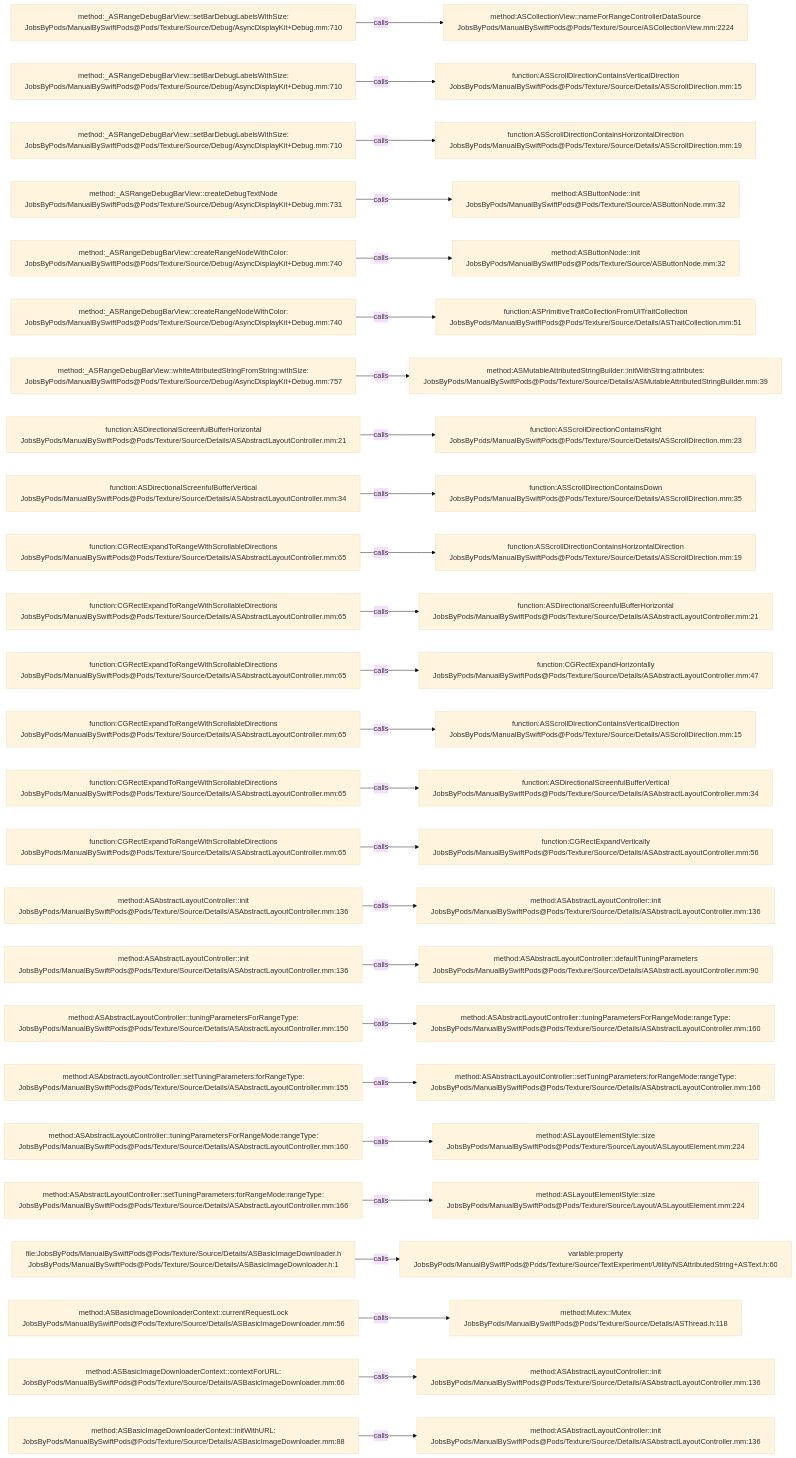
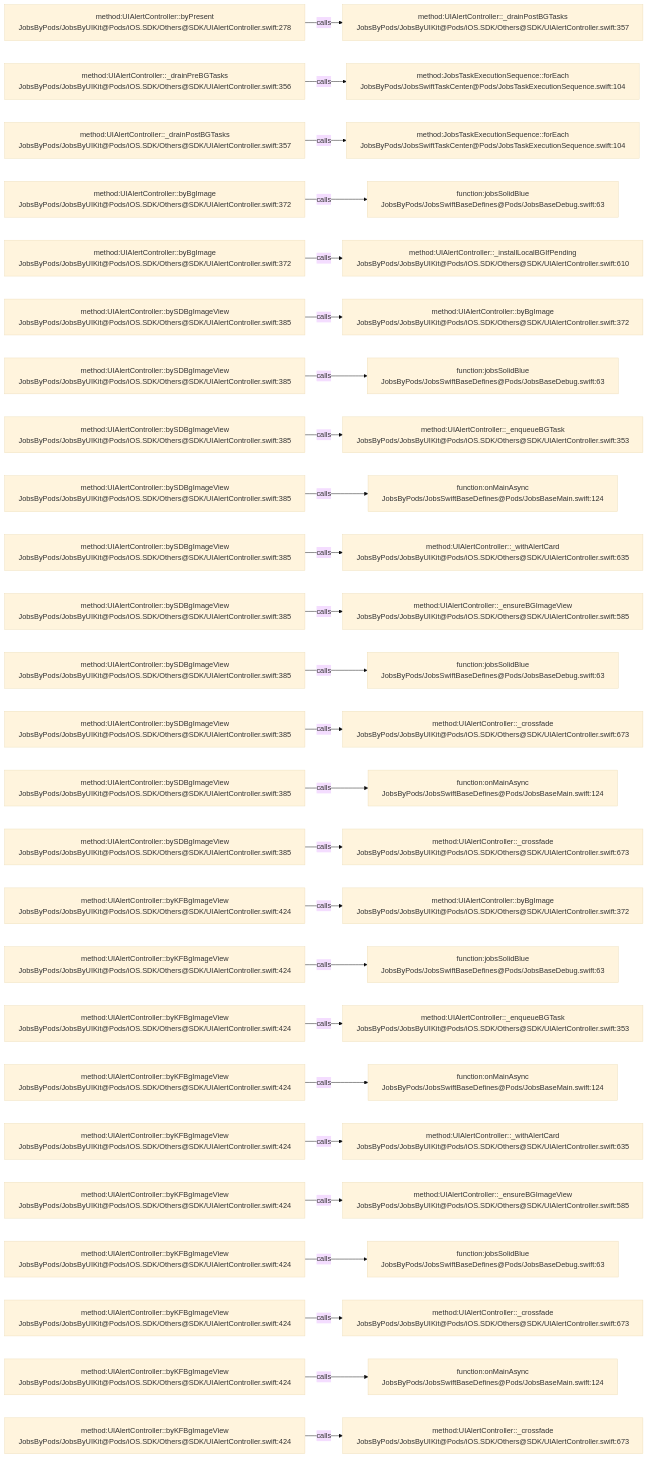
Before and after one commit to JobsKits/JobsSwiftBaseConfigDemo: the diagram in .codegraph/codegraph.md/graphs/calls-081.md, drawn with Mermaid (base theme). The commit also changed 224 other files, not shown here.

````diff
--- a/.codegraph/codegraph.md/graphs/calls-081.md
+++ b/.codegraph/codegraph.md/graphs/calls-081.md
@@ -13,78 +13,78 @@
 ```mermaid
 flowchart LR
-  S1["method:_ASRangeDebugBarView::setBarDebugLabelsWithSize:<br/>JobsByPods/ManualBySwiftPods@Pods/Texture/Source/Debug/AsyncDisplayKit+Debug.mm:710"]
-  T1["method:ASCollectionView::nameForRangeControllerDataSource<br/>JobsByPods/ManualBySwiftPods@Pods/Texture/Source/ASCollectionView.mm:2224"]
+  S1["method:UIAlertController::byPresent<br/>JobsByPods/JobsByUIKit@Pods/iOS.SDK/Others@SDK/UIAlertController.swift:278"]
+  T1["method:UIAlertController::_drainPostBGTasks<br/>JobsByPods/JobsByUIKit@Pods/iOS.SDK/Others@SDK/UIAlertController.swift:357"]
   S1 -->|calls| T1
-  S2["method:_ASRangeDebugBarView::setBarDebugLabelsWithSize:<br/>JobsByPods/ManualBySwiftPods@Pods/Texture/Source/Debug/AsyncDisplayKit+Debug.mm:710"]
-  T2["function:ASScrollDirectionContainsVerticalDirection<br/>JobsByPods/ManualBySwiftPods@Pods/Texture/Source/Details/ASScrollDirection.mm:15"]
+  S2["method:UIAlertController::_drainPreBGTasks<br/>JobsByPods/JobsByUIKit@Pods/iOS.SDK/Others@SDK/UIAlertController.swift:356"]
+  T2["method:JobsTaskExecutionSequence::forEach<br/>JobsByPods/JobsSwiftTaskCenter@Pods/JobsTaskExecutionSequence.swift:104"]
   S2 -->|calls| T2
-  S3["method:_ASRangeDebugBarView::setBarDebugLabelsWithSize:<br/>JobsByPods/ManualBySwiftPods@Pods/Texture/Source/Debug/AsyncDisplayKit+Debug.mm:710"]
-  T3["function:ASScrollDirectionContainsHorizontalDirection<br/>JobsByPods/ManualBySwiftPods@Pods/Texture/Source/Details/ASScrollDirection.mm:19"]
+  S3["method:UIAlertController::_drainPostBGTasks<br/>JobsByPods/JobsByUIKit@Pods/iOS.SDK/Others@SDK/UIAlertController.swift:357"]
+  T3["method:JobsTaskExecutionSequence::forEach<br/>JobsByPods/JobsSwiftTaskCenter@Pods/JobsTaskExecutionSequence.swift:104"]
   S3 -->|calls| T3
-  S4["method:_ASRangeDebugBarView::createDebugTextNode<br/>JobsByPods/ManualBySwiftPods@Pods/Texture/Source/Debug/AsyncDisplayKit+Debug.mm:731"]
-  T4["method:ASButtonNode::init<br/>JobsByPods/ManualBySwiftPods@Pods/Texture/Source/ASButtonNode.mm:32"]
+  S4["method:UIAlertController::byBgImage<br/>JobsByPods/JobsByUIKit@Pods/iOS.SDK/Others@SDK/UIAlertController.swift:372"]
+  T4["function:jobsSolidBlue<br/>JobsByPods/JobsSwiftBaseDefines@Pods/JobsBaseDebug.swift:63"]
   S4 -->|calls| T4
-  S5["method:_ASRangeDebugBarView::createRangeNodeWithColor:<br/>JobsByPods/ManualBySwiftPods@Pods/Texture/Source/Debug/AsyncDisplayKit+Debug.mm:740"]
-  T5["method:ASButtonNode::init<br/>JobsByPods/ManualBySwiftPods@Pods/Texture/Source/ASButtonNode.mm:32"]
+  S5["method:UIAlertController::byBgImage<br/>JobsByPods/JobsByUIKit@Pods/iOS.SDK/Others@SDK/UIAlertController.swift:372"]
+  T5["method:UIAlertController::_installLocalBGIfPending<br/>JobsByPods/JobsByUIKit@Pods/iOS.SDK/Others@SDK/UIAlertController.swift:610"]
   S5 -->|calls| T5
-  S6["method:_ASRangeDebugBarView::createRangeNodeWithColor:<br/>JobsByPods/ManualBySwiftPods@Pods/Texture/Source/Debug/AsyncDisplayKit+Debug.mm:740"]
-  T6["function:ASPrimitiveTraitCollectionFromUITraitCollection<br/>JobsByPods/ManualBySwiftPods@Pods/Texture/Source/Details/ASTraitCollection.mm:51"]
+  S6["method:UIAlertController::bySDBgImageView<br/>JobsByPods/JobsByUIKit@Pods/iOS.SDK/Others@SDK/UIAlertController.swift:385"]
+  T6["method:UIAlertController::byBgImage<br/>JobsByPods/JobsByUIKit@Pods/iOS.SDK/Others@SDK/UIAlertController.swift:372"]
   S6 -->|calls| T6
-  S7["method:_ASRangeDebugBarView::whiteAttributedStringFromString:withSize:<br/>JobsByPods/ManualBySwiftPods@Pods/Texture/Source/Debug/AsyncDisplayKit+Debug.mm:757"]
-  T7["method:ASMutableAttributedStringBuilder::initWithString:attributes:<br/>JobsByPods/ManualBySwiftPods@Pods/Texture/Source/Details/ASMutableAttributedStringBuilder.mm:39"]
+  S7["method:UIAlertController::bySDBgImageView<br/>JobsByPods/JobsByUIKit@Pods/iOS.SDK/Others@SDK/UIAlertController.swift:385"]
+  T7["function:jobsSolidBlue<br/>JobsByPods/JobsSwiftBaseDefines@Pods/JobsBaseDebug.swift:63"]
   S7 -->|calls| T7
-  S8["function:ASDirectionalScreenfulBufferHorizontal<br/>JobsByPods/ManualBySwiftPods@Pods/Texture/Source/Details/ASAbstractLayoutController.mm:21"]
-  T8["function:ASScrollDirectionContainsRight<br/>JobsByPods/ManualBySwiftPods@Pods/Texture/Source/Details/ASScrollDirection.mm:23"]
+  S8["method:UIAlertController::bySDBgImageView<br/>JobsByPods/JobsByUIKit@Pods/iOS.SDK/Others@SDK/UIAlertController.swift:385"]
+  T8["method:UIAlertController::_enqueueBGTask<br/>JobsByPods/JobsByUIKit@Pods/iOS.SDK/Others@SDK/UIAlertController.swift:353"]
   S8 -->|calls| T8
-  S9["function:ASDirectionalScreenfulBufferVertical<br/>JobsByPods/ManualBySwiftPods@Pods/Texture/Source/Details/ASAbstractLayoutController.mm:34"]
-  T9["function:ASScrollDirectionContainsDown<br/>JobsByPods/ManualBySwiftPods@Pods/Texture/Source/Details/ASScrollDirection.mm:35"]
+  S9["method:UIAlertController::bySDBgImageView<br/>JobsByPods/JobsByUIKit@Pods/iOS.SDK/Others@SDK/UIAlertController.swift:385"]
+  T9["function:onMainAsync<br/>JobsByPods/JobsSwiftBaseDefines@Pods/JobsBaseMain.swift:124"]
   S9 -->|calls| T9
-  S10["function:CGRectExpandToRangeWithScrollableDirections<br/>JobsByPods/ManualBySwiftPods@Pods/Texture/Source/Details/ASAbstractLayoutController.mm:65"]
-  T10["function:ASScrollDirectionContainsHorizontalDirection<br/>JobsByPods/ManualBySwiftPods@Pods/Texture/Source/Details/ASScrollDirection.mm:19"]
+  S10["method:UIAlertController::bySDBgImageView<br/>JobsByPods/JobsByUIKit@Pods/iOS.SDK/Others@SDK/UIAlertController.swift:385"]
+  T10["method:UIAlertController::_withAlertCard<br/>JobsByPods/JobsByUIKit@Pods/iOS.SDK/Others@SDK/UIAlertController.swift:635"]
   S10 -->|calls| T10
-  S11["function:CGRectExpandToRangeWithScrollableDirections<br/>JobsByPods/ManualBySwiftPods@Pods/Texture/Source/Details/ASAbstractLayoutController.mm:65"]
-  T11["function:ASDirectionalScreenfulBufferHorizontal<br/>JobsByPods/ManualBySwiftPods@Pods/Texture/Source/Details/ASAbstractLayoutController.mm:21"]
+  S11["method:UIAlertController::bySDBgImageView<br/>JobsByPods/JobsByUIKit@Pods/iOS.SDK/Others@SDK/UIAlertController.swift:385"]
+  T11["method:UIAlertController::_ensureBGImageView<br/>JobsByPods/JobsByUIKit@Pods/iOS.SDK/Others@SDK/UIAlertController.swift:585"]
   S11 -->|calls| T11
-  S12["function:CGRectExpandToRangeWithScrollableDirections<br/>JobsByPods/ManualBySwiftPods@Pods/Texture/Source/Details/ASAbstractLayoutController.mm:65"]
-  T12["function:CGRectExpandHorizontally<br/>JobsByPods/ManualBySwiftPods@Pods/Texture/Source/Details/ASAbstractLayoutController.mm:47"]
+  S12["method:UIAlertController::bySDBgImageView<br/>JobsByPods/JobsByUIKit@Pods/iOS.SDK/Others@SDK/UIAlertController.swift:385"]
+  T12["function:jobsSolidBlue<br/>JobsByPods/JobsSwiftBaseDefines@Pods/JobsBaseDebug.swift:63"]
   S12 -->|calls| T12
-  S13["function:CGRectExpandToRangeWithScrollableDirections<br/>JobsByPods/ManualBySwiftPods@Pods/Texture/Source/Details/ASAbstractLayoutController.mm:65"]
-  T13["function:ASScrollDirectionContainsVerticalDirection<br/>JobsByPods/ManualBySwiftPods@Pods/Texture/Source/Details/ASScrollDirection.mm:15"]
+  S13["method:UIAlertController::bySDBgImageView<br/>JobsByPods/JobsByUIKit@Pods/iOS.SDK/Others@SDK/UIAlertController.swift:385"]
+  T13["method:UIAlertController::_crossfade<br/>JobsByPods/JobsByUIKit@Pods/iOS.SDK/Others@SDK/UIAlertController.swift:673"]
   S13 -->|calls| T13
-  S14["function:CGRectExpandToRangeWithScrollableDirections<br/>JobsByPods/ManualBySwiftPods@Pods/Texture/Source/Details/ASAbstractLayoutController.mm:65"]
-  T14["function:ASDirectionalScreenfulBufferVertical<br/>JobsByPods/ManualBySwiftPods@Pods/Texture/Source/Details/ASAbstractLayoutController.mm:34"]
+  S14["method:UIAlertController::bySDBgImageView<br/>JobsByPods/JobsByUIKit@Pods/iOS.SDK/Others@SDK/UIAlertController.swift:385"]
+  T14["function:onMainAsync<br/>JobsByPods/JobsSwiftBaseDefines@Pods/JobsBaseMain.swift:124"]
   S14 -->|calls| T14
-  S15["function:CGRectExpandToRangeWithScrollableDirections<br/>JobsByPods/ManualBySwiftPods@Pods/Texture/Source/Details/ASAbstractLayoutController.mm:65"]
-  T15["function:CGRectExpandVertically<br/>JobsByPods/ManualBySwiftPods@Pods/Texture/Source/Details/ASAbstractLayoutController.mm:56"]
+  S15["method:UIAlertController::bySDBgImageView<br/>JobsByPods/JobsByUIKit@Pods/iOS.SDK/Others@SDK/UIAlertController.swift:385"]
+  T15["method:UIAlertController::_crossfade<br/>JobsByPods/JobsByUIKit@Pods/iOS.SDK/Others@SDK/UIAlertController.swift:673"]
   S15 -->|calls| T15
-  S16["method:ASAbstractLayoutController::init<br/>JobsByPods/ManualBySwiftPods@Pods/Texture/Source/Details/ASAbstractLayoutController.mm:136"]
-  T16["method:ASAbstractLayoutController::init<br/>JobsByPods/ManualBySwiftPods@Pods/Texture/Source/Details/ASAbstractLayoutController.mm:136"]
+  S16["method:UIAlertController::byKFBgImageView<br/>JobsByPods/JobsByUIKit@Pods/iOS.SDK/Others@SDK/UIAlertController.swift:424"]
+  T16["method:UIAlertController::byBgImage<br/>JobsByPods/JobsByUIKit@Pods/iOS.SDK/Others@SDK/UIAlertController.swift:372"]
   S16 -->|calls| T16
-  S17["method:ASAbstractLayoutController::init<br/>JobsByPods/ManualBySwiftPods@Pods/Texture/Source/Details/ASAbstractLayoutController.mm:136"]
-  T17["method:ASAbstractLayoutController::defaultTuningParameters<br/>JobsByPods/ManualBySwiftPods@Pods/Texture/Source/Details/ASAbstractLayoutController.mm:90"]
+  S17["method:UIAlertController::byKFBgImageView<br/>JobsByPods/JobsByUIKit@Pods/iOS.SDK/Others@SDK/UIAlertController.swift:424"]
+  T17["function:jobsSolidBlue<br/>JobsByPods/JobsSwiftBaseDefines@Pods/JobsBaseDebug.swift:63"]
   S17 -->|calls| T17
-  S18["method:ASAbstractLayoutController::tuningParametersForRangeType:<br/>JobsByPods/ManualBySwiftPods@Pods/Texture/Source/Details/ASAbstractLayoutController.mm:150"]
-  T18["method:ASAbstractLayoutController::tuningParametersForRangeMode:rangeType:<br/>JobsByPods/ManualBySwiftPods@Pods/Texture/Source/Details/ASAbstractLayoutController.mm:160"]
+  S18["method:UIAlertController::byKFBgImageView<br/>JobsByPods/JobsByUIKit@Pods/iOS.SDK/Others@SDK/UIAlertController.swift:424"]
+  T18["method:UIAlertController::_enqueueBGTask<br/>JobsByPods/JobsByUIKit@Pods/iOS.SDK/Others@SDK/UIAlertController.swift:353"]
   S18 -->|calls| T18
-  S19["method:ASAbstractLayoutController::setTuningParameters:forRangeType:<br/>JobsByPods/ManualBySwiftPods@Pods/Texture/Source/Details/ASAbstractLayoutController.mm:155"]
-  T19["method:ASAbstractLayoutController::setTuningParameters:forRangeMode:rangeType:<br/>JobsByPods/ManualBySwiftPods@Pods/Texture/Source/Details/ASAbstractLayoutController.mm:166"]
+  S19["method:UIAlertController::byKFBgImageView<br/>JobsByPods/JobsByUIKit@Pods/iOS.SDK/Others@SDK/UIAlertController.swift:424"]
+  T19["function:onMainAsync<br/>JobsByPods/JobsSwiftBaseDefines@Pods/JobsBaseMain.swift:124"]
   S19 -->|calls| T19
-  S20["method:ASAbstractLayoutController::tuningParametersForRangeMode:rangeType:<br/>JobsByPods/ManualBySwiftPods@Pods/Texture/Source/Details/ASAbstractLayoutController.mm:160"]
-  T20["method:ASLayoutElementStyle::size<br/>JobsByPods/ManualBySwiftPods@Pods/Texture/Source/Layout/ASLayoutElement.mm:224"]
+  S20["method:UIAlertController::byKFBgImageView<br/>JobsByPods/JobsByUIKit@Pods/iOS.SDK/Others@SDK/UIAlertController.swift:424"]
+  T20["method:UIAlertController::_withAlertCard<br/>JobsByPods/JobsByUIKit@Pods/iOS.SDK/Others@SDK/UIAlertController.swift:635"]
   S20 -->|calls| T20
-  S21["method:ASAbstractLayoutController::setTuningParameters:forRangeMode:rangeType:<br/>JobsByPods/ManualBySwiftPods@Pods/Texture/Source/Details/ASAbstractLayoutController.mm:166"]
-  T21["method:ASLayoutElementStyle::size<br/>JobsByPods/ManualBySwiftPods@Pods/Texture/Source/Layout/ASLayoutElement.mm:224"]
+  S21["method:UIAlertController::byKFBgImageView<br/>JobsByPods/JobsByUIKit@Pods/iOS.SDK/Others@SDK/UIAlertController.swift:424"]
+  T21["method:UIAlertController::_ensureBGImageView<br/>JobsByPods/JobsByUIKit@Pods/iOS.SDK/Others@SDK/UIAlertController.swift:585"]
   S21 -->|calls| T21
-  S22["file:JobsByPods/ManualBySwiftPods@Pods/Texture/Source/Details/ASBasicImageDownloader.h<br/>JobsByPods/ManualBySwiftPods@Pods/Texture/Source/Details/ASBasicImageDownloader.h:1"]
-  T22["variable:property<br/>JobsByPods/ManualBySwiftPods@Pods/Texture/Source/TextExperiment/Utility/NSAttributedString+ASText.h:60"]
+  S22["method:UIAlertController::byKFBgImageView<br/>JobsByPods/JobsByUIKit@Pods/iOS.SDK/Others@SDK/UIAlertController.swift:424"]
+  T22["function:jobsSolidBlue<br/>JobsByPods/JobsSwiftBaseDefines@Pods/JobsBaseDebug.swift:63"]
   S22 -->|calls| T22
-  S23["method:ASBasicImageDownloaderContext::currentRequestLock<br/>JobsByPods/ManualBySwiftPods@Pods/Texture/Source/Details/ASBasicImageDownloader.mm:56"]
-  T23["method:Mutex::Mutex<br/>JobsByPods/ManualBySwiftPods@Pods/Texture/Source/Details/ASThread.h:118"]
+  S23["method:UIAlertController::byKFBgImageView<br/>JobsByPods/JobsByUIKit@Pods/iOS.SDK/Others@SDK/UIAlertController.swift:424"]
+  T23["method:UIAlertController::_crossfade<br/>JobsByPods/JobsByUIKit@Pods/iOS.SDK/Others@SDK/UIAlertController.swift:673"]
   S23 -->|calls| T23
-  S24["method:ASBasicImageDownloaderContext::contextForURL:<br/>JobsByPods/ManualBySwiftPods@Pods/Texture/Source/Details/ASBasicImageDownloader.mm:66"]
-  T24["method:ASAbstractLayoutController::init<br/>JobsByPods/ManualBySwiftPods@Pods/Texture/Source/Details/ASAbstractLayoutController.mm:136"]
+  S24["method:UIAlertController::byKFBgImageView<br/>JobsByPods/JobsByUIKit@Pods/iOS.SDK/Others@SDK/UIAlertController.swift:424"]
+  T24["function:onMainAsync<br/>JobsByPods/JobsSwiftBaseDefines@Pods/JobsBaseMain.swift:124"]
   S24 -->|calls| T24
-  S25["method:ASBasicImageDownloaderContext::initWithURL:<br/>JobsByPods/ManualBySwiftPods@Pods/Texture/Source/Details/ASBasicImageDownloader.mm:88"]
-  T25["method:ASAbstractLayoutController::init<br/>JobsByPods/ManualBySwiftPods@Pods/Texture/Source/Details/ASAbstractLayoutController.mm:136"]
+  S25["method:UIAlertController::byKFBgImageView<br/>JobsByPods/JobsByUIKit@Pods/iOS.SDK/Others@SDK/UIAlertController.swift:424"]
+  T25["method:UIAlertController::_crossfade<br/>JobsByPods/JobsByUIKit@Pods/iOS.SDK/Others@SDK/UIAlertController.swift:673"]
   S25 -->|calls| T25
 ```
````
